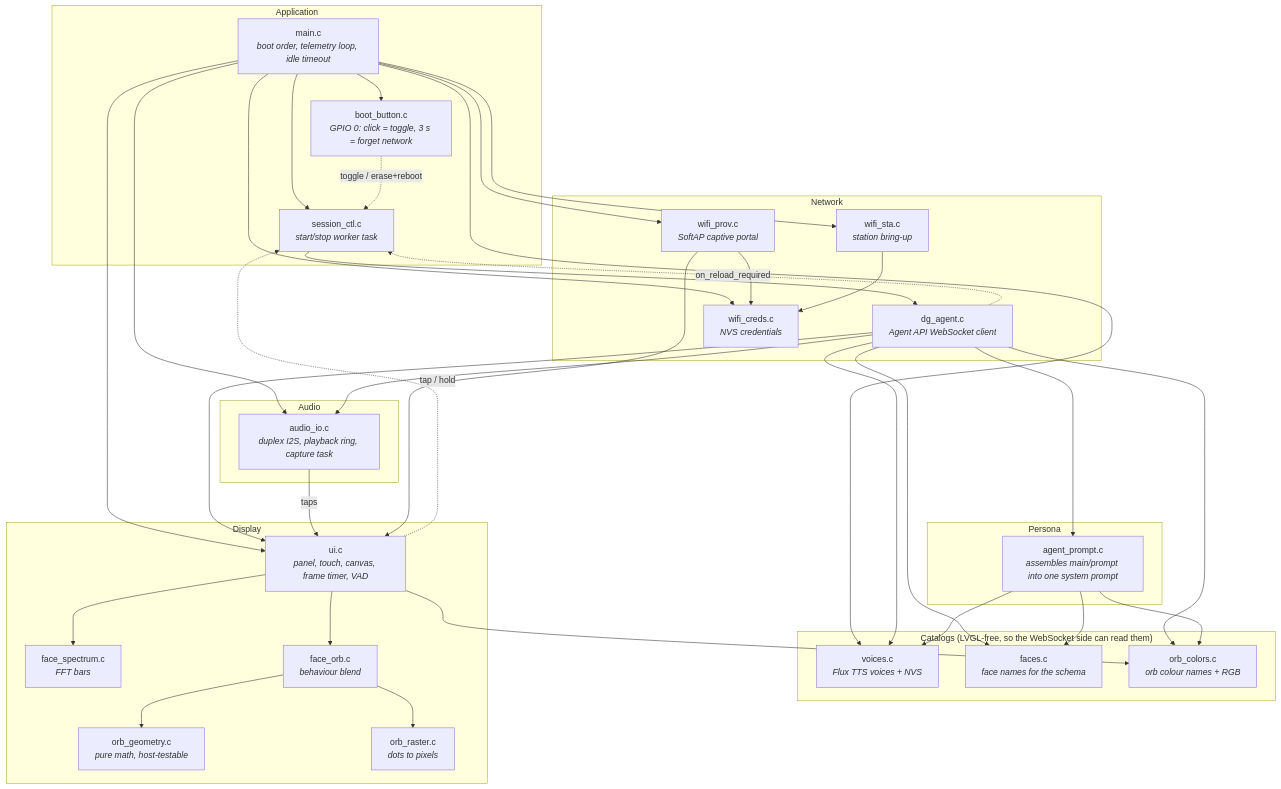
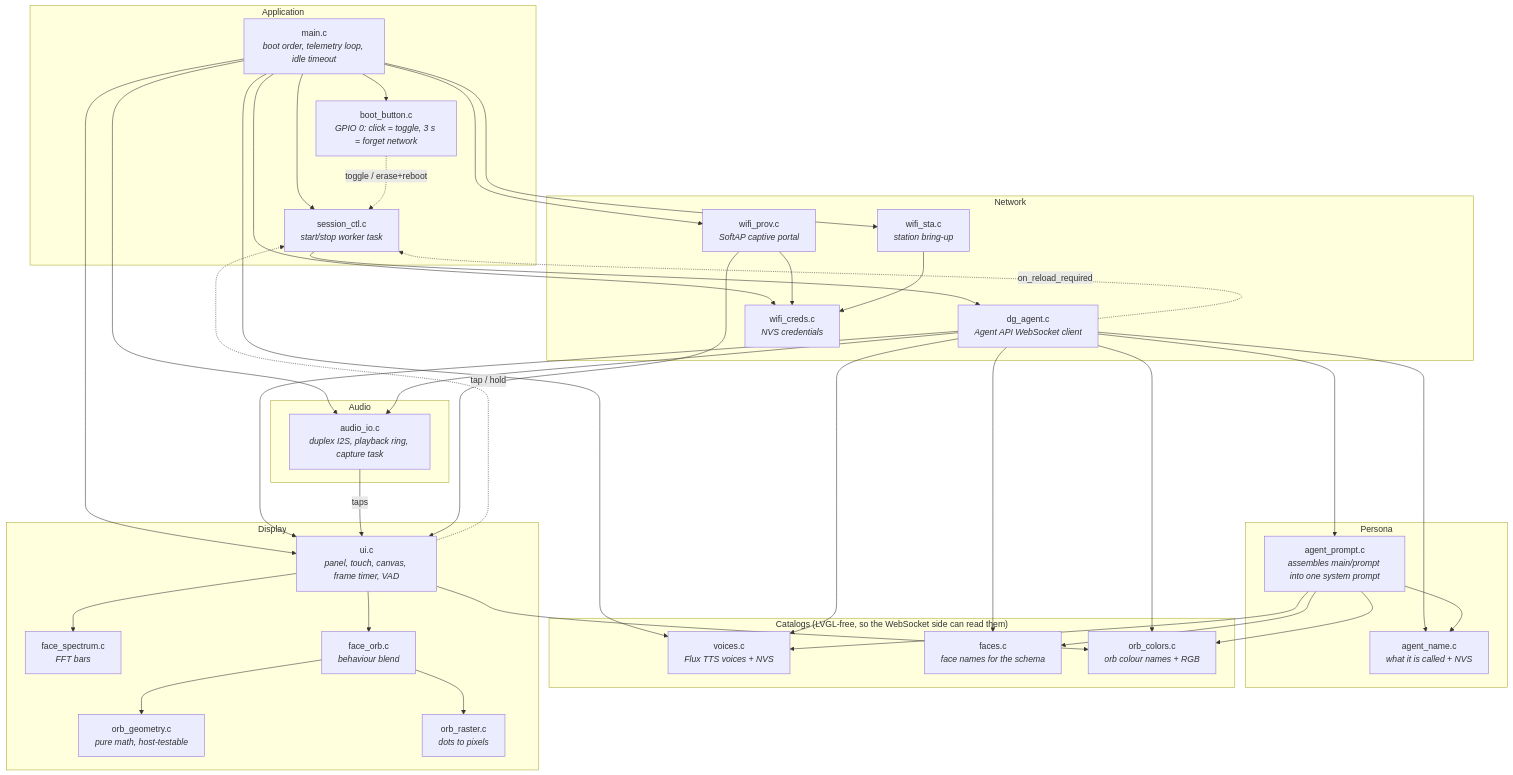
One commit to dg-edcharbeneau/esp32-deepgram-voice-agent changed the first of 7 diagrams in ARCHITECTURE.md. Above: the diagram before and after it, drawn with Mermaid. The commit also changed other lines of this file and 12 other files, not shown here.

First line of the commit message:
Give the agent a name it can be told to change

````diff
--- a/ARCHITECTURE.md
+++ b/ARCHITECTURE.md
@@ -20,51 +20,52 @@
 ```mermaid
 flowchart TB
     subgraph app["Application"]
         main["main.c<br/><i>boot order, telemetry loop, idle timeout</i>"]
         session["session_ctl.c<br/><i>start/stop worker task</i>"]
         boot["boot_button.c<br/><i>GPIO 0: click = toggle, 3 s = forget network</i>"]
     end
 
     subgraph net["Network"]
         agent["dg_agent.c<br/><i>Agent API WebSocket client</i>"]
         sta["wifi_sta.c<br/><i>station bring-up</i>"]
         creds["wifi_creds.c<br/><i>NVS credentials</i>"]
         prov["wifi_prov.c<br/><i>SoftAP captive portal</i>"]
     end
 
     subgraph persona["Persona"]
         prompt["agent_prompt.c<br/><i>assembles main/prompt into one system prompt</i>"]
+        aname["agent_name.c<br/><i>what it is called + NVS</i>"]
     end
 
     subgraph cat["Catalogs (LVGL-free, so the WebSocket side can read them)"]
         voices["voices.c<br/><i>Flux TTS voices + NVS</i>"]
         faces["faces.c<br/><i>face names for the schema</i>"]
         colors["orb_colors.c<br/><i>orb colour names + RGB</i>"]
     end
 
     subgraph audio["Audio"]
         aio["audio_io.c<br/><i>duplex I2S, playback ring, capture task</i>"]
     end
 
     subgraph disp["Display"]
         ui["ui.c<br/><i>panel, touch, canvas, frame timer, VAD</i>"]
         spectrum["face_spectrum.c<br/><i>FFT bars</i>"]
         orbface["face_orb.c<br/><i>behaviour blend</i>"]
         geo["orb_geometry.c<br/><i>pure math, host-testable</i>"]
         raster["orb_raster.c<br/><i>dots to pixels</i>"]
     end
 
     main --> session & aio & ui & boot & sta & creds & prov & voices
     session --> agent
-    agent --> voices & faces & colors & ui & aio & prompt
-    prompt --> voices & faces & colors
+    agent --> voices & faces & colors & ui & aio & prompt & aname
+    prompt --> voices & faces & colors & aname
     agent -. "on_reload_required" .-> session
     boot -. "toggle / erase+reboot" .-> session
     ui -. "tap / hold" .-> session
     aio -- "taps" --> ui
     ui --> spectrum & orbface
     ui --> colors
     orbface --> geo & raster
     prov --> creds & ui
     sta --> creds
 ```
````
